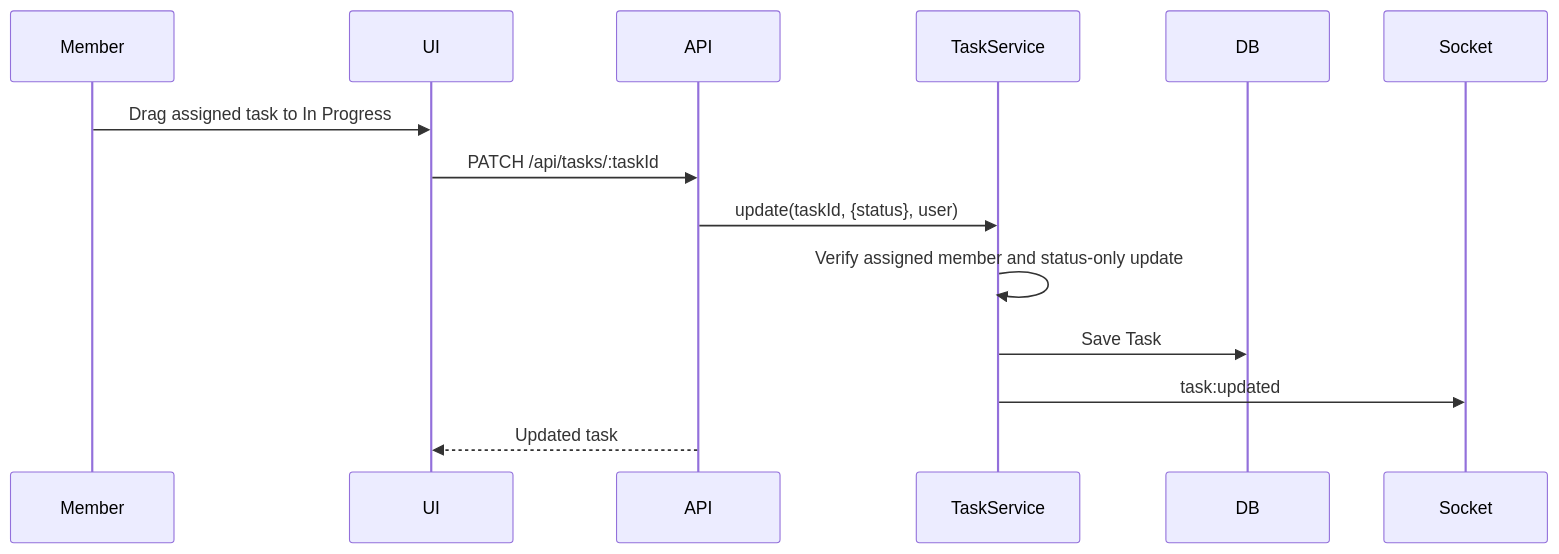
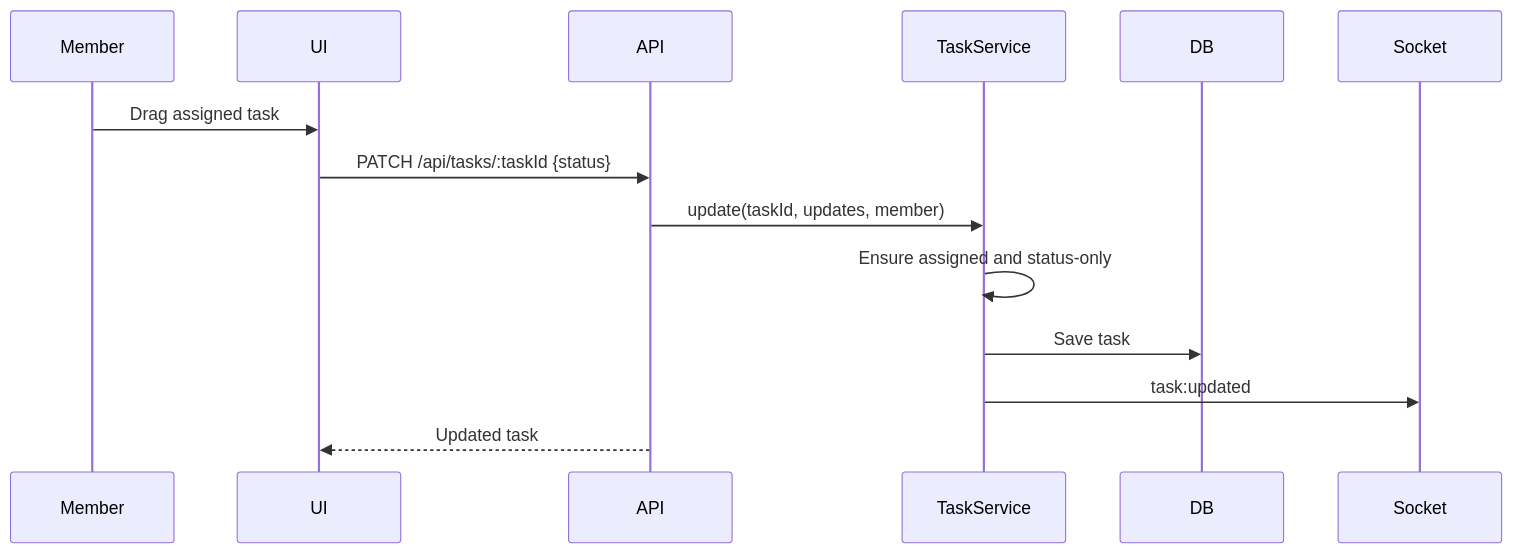
One commit to ashwanibaghel/WorkOS changed the fourth of 5 diagrams in docs/LLD.md. Above: the diagram before and after it, drawn with Mermaid. The commit also changed other lines of this file and 3 other files, not shown here.

````diff
--- a/docs/LLD.md
+++ b/docs/LLD.md
@@ -351,17 +460,17 @@
 ```mermaid
 sequenceDiagram
   participant Member
   participant UI
   participant API
   participant TaskService
   participant DB
   participant Socket
 
-  Member->>UI: Drag assigned task to In Progress
-  UI->>API: PATCH /api/tasks/:taskId
-  API->>TaskService: update(taskId, {status}, user)
-  TaskService->>TaskService: Verify assigned member and status-only update
-  TaskService->>DB: Save Task
+  Member->>UI: Drag assigned task
+  UI->>API: PATCH /api/tasks/:taskId {status}
+  API->>TaskService: update(taskId, updates, member)
+  TaskService->>TaskService: Ensure assigned and status-only
+  TaskService->>DB: Save task
   TaskService->>Socket: task:updated
   API-->>UI: Updated task
 ```
````
